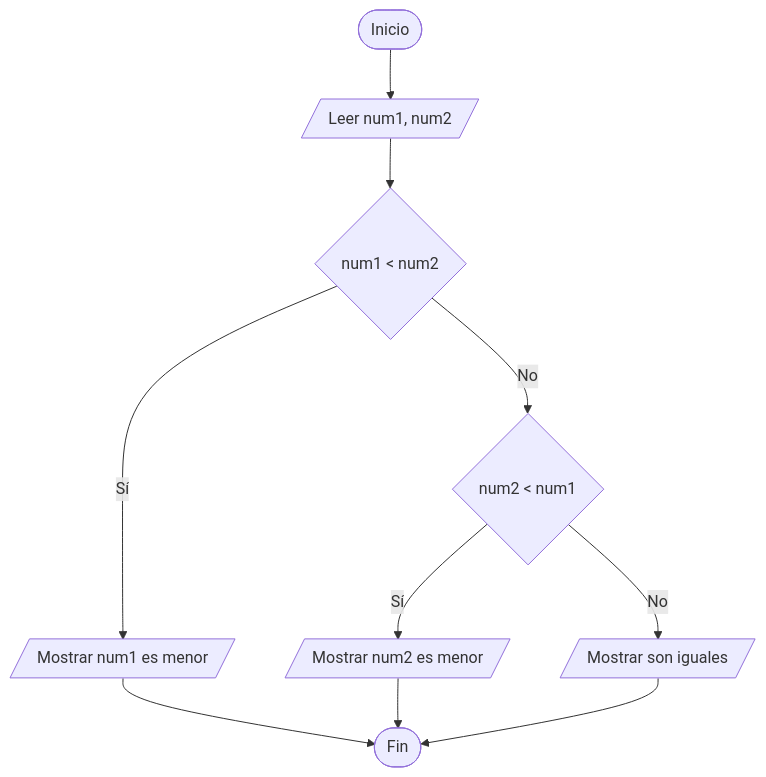
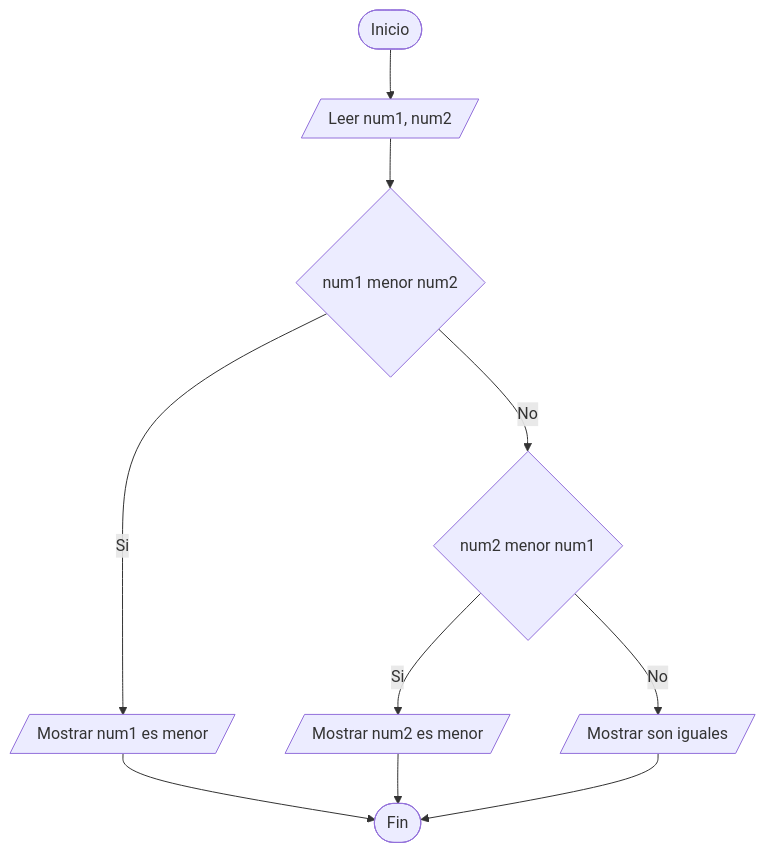
One commit to leslyquintero-eng/Taller-Condicionales-UTP changed the second of 9 diagrams in diagramas.md. Above: the diagram before and after it, drawn with Mermaid. The commit also changed other lines of this file, not shown here.

Commit message:
Update flowchart text for clarity and consistency

````diff
--- a/diagramas.md
+++ b/diagramas.md
@@ -16,12 +15,12 @@
 ```mermaid
 graph TD
     A([Inicio]) --> B[/Leer num1, num2/]
-    B --> C{num1 < num2}
-    C -- Sí --> D[/Mostrar num1 es menor/]
-    C -- No --> E{num2 < num1}
-    E -- Sí --> F[/Mostrar num2 es menor/]
+    B --> C{num1 menor num2}
+    C -- Si --> D[/Mostrar num1 es menor/]
+    C -- No --> E{num2 menor num1}
+    E -- Si --> F[/Mostrar num2 es menor/]
     E -- No --> G[/Mostrar son iguales/]
     D --> H([Fin])
     F --> H
     G --> H
 ```
````
